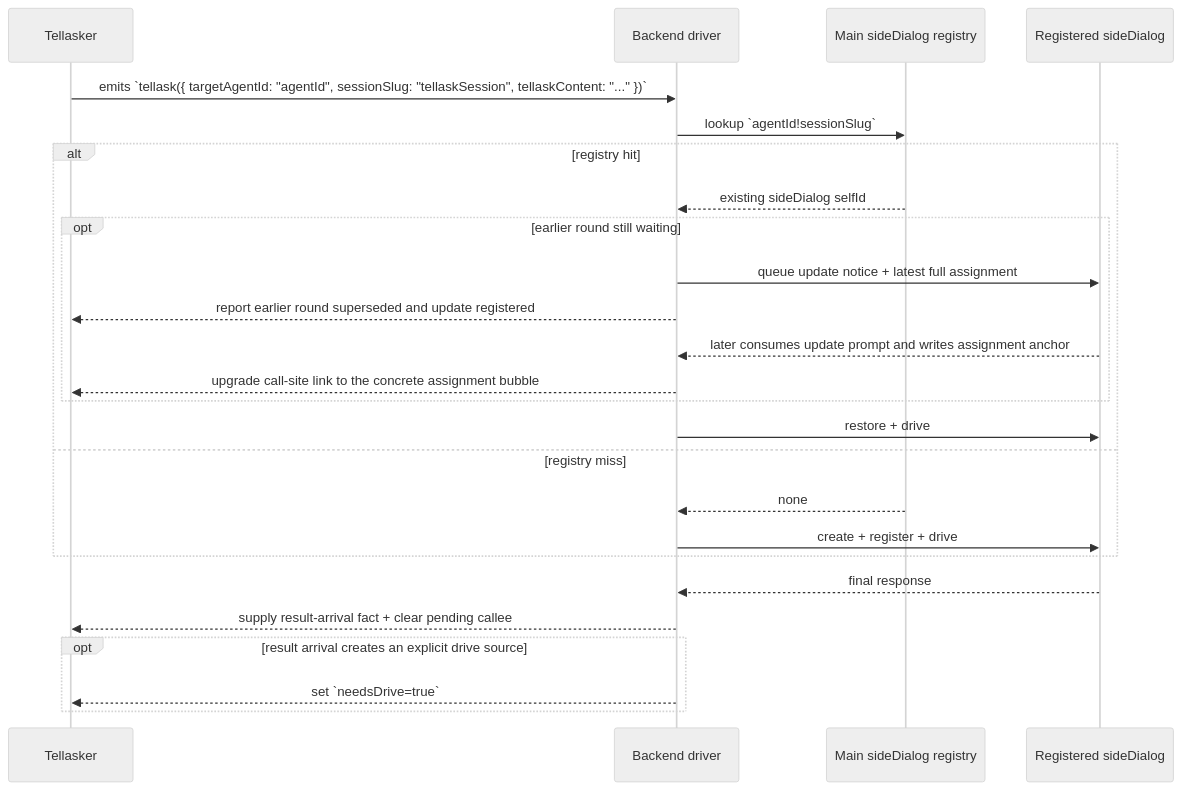
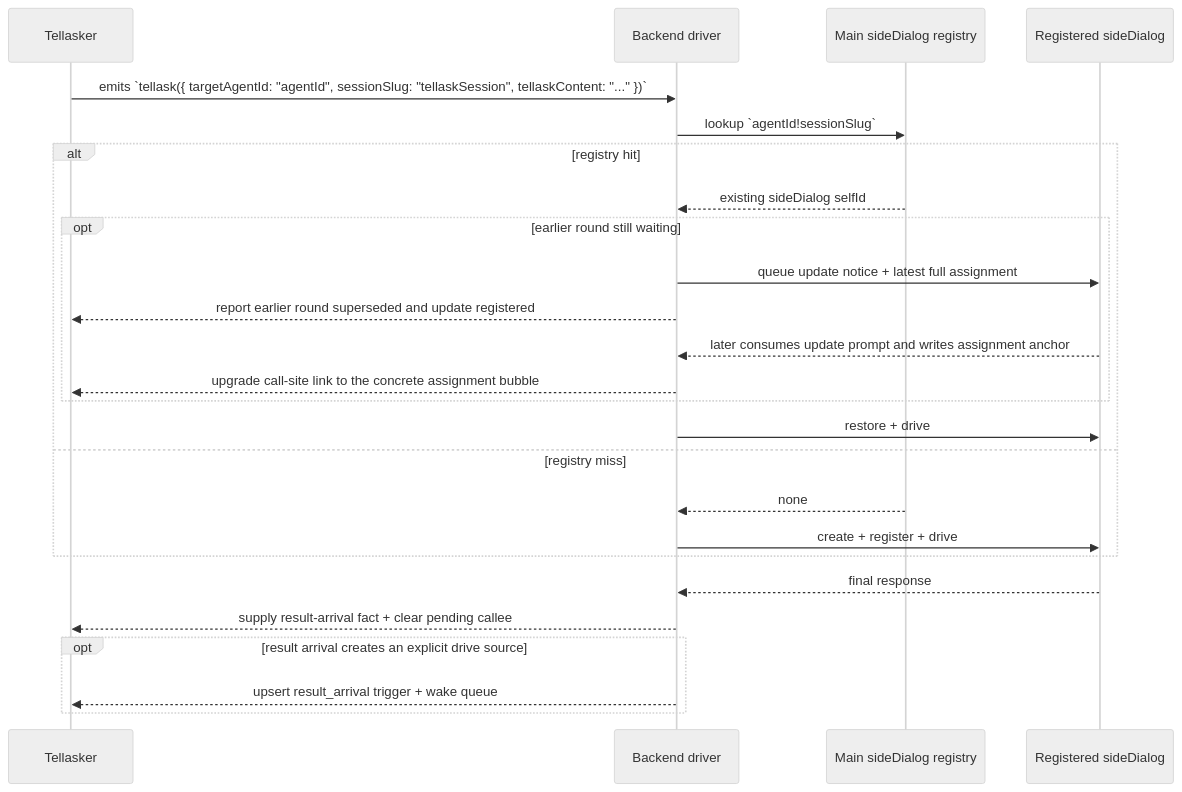
Diagram 12 of 18 in docs/dialog-system.md (longrun-ai/dominds), drawn with Mermaid (neutral theme) before and after one commit. The commit also changed other lines of this file and 7 other files, not shown here.

````diff
--- a/docs/dialog-system.md
+++ b/docs/dialog-system.md
@@ -1284,28 +1284,28 @@
 ```mermaid
 sequenceDiagram
   participant Tellasker as Tellasker
   participant Driver as Backend driver
   participant Reg as Main sideDialog registry
   participant Side as Registered sideDialog
 
   Tellasker->>Driver: emits `tellask({ targetAgentId: "agentId", sessionSlug: "tellaskSession", tellaskContent: "..." })`
   Driver->>Reg: lookup `agentId!sessionSlug`
   alt registry hit
     Reg-->>Driver: existing sideDialog selfId
     opt earlier round still waiting
       Driver->>Side: queue update notice + latest full assignment
       Driver-->>Tellasker: report earlier round superseded and update registered
       Side-->>Driver: later consumes update prompt and writes assignment anchor
       Driver-->>Tellasker: upgrade call-site link to the concrete assignment bubble
     end
     Driver->>Side: restore + drive
   else registry miss
     Reg-->>Driver: none
     Driver->>Side: create + register + drive
   end
   Side-->>Driver: final response
   Driver-->>Tellasker: supply result-arrival fact + clear pending callee
   opt result arrival creates an explicit drive source
-    Driver-->>Tellasker: set `needsDrive=true`
+    Driver-->>Tellasker: upsert result_arrival trigger + wake queue
   end
 ```
````
